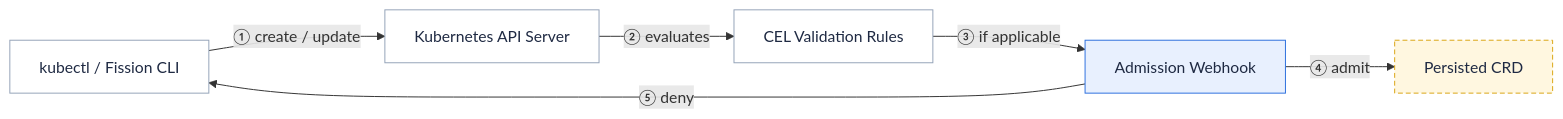
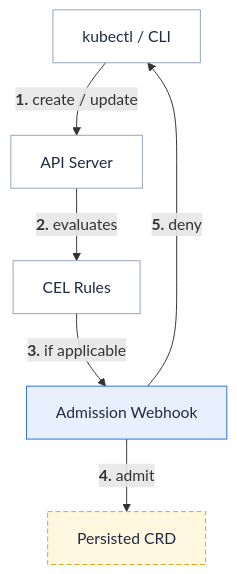
One commit to fission/fission.io changed the diagram in content/en/docs/architecture/webhook.md. Above: the diagram before and after it, drawn with Mermaid. The commit also changed 23 other files, not shown here.

First line of the commit message:
Make diagrams readable inline: compact TB layouts, bold crimson step numbers

````diff
--- a/content/en/docs/architecture/webhook.md
+++ b/content/en/docs/architecture/webhook.md
@@ -20,20 +20,20 @@
 ```mermaid
-flowchart LR
-  client["kubectl / Fission CLI"]
-  api["Kubernetes API Server"]
-  cel["CEL Validation Rules"]
+flowchart TB
+  client["kubectl / CLI"]
+  api["API Server"]
+  cel["CEL Rules"]
   webhook["Admission Webhook"]
   etcd["Persisted CRD"]
-  client -->|"① create / update"| api
-  api -->|"② evaluates"| cel
-  cel -->|"③ if applicable"| webhook
-  webhook -->|"④ admit"| etcd
-  webhook -->|"⑤ deny"| client
+  client -->|"<b>1.</b> create / update"| api
+  api -->|"<b>2.</b> evaluates"| cel
+  cel -->|"<b>3.</b> if applicable"| webhook
+  webhook -->|"<b>4.</b> admit"| etcd
+  webhook -->|"<b>5.</b> deny"| client
 
   class client,api,cel user
   class webhook fission
   class etcd store
   classDef user fill:#ffffff,stroke:#94a3b8,color:#1f2a43
   classDef fission fill:#e8f0fe,stroke:#2d70de,color:#1f2a43
   classDef store fill:#fff7e0,stroke:#dba514,color:#1f2a43,stroke-dasharray:5 3
 ```
````
